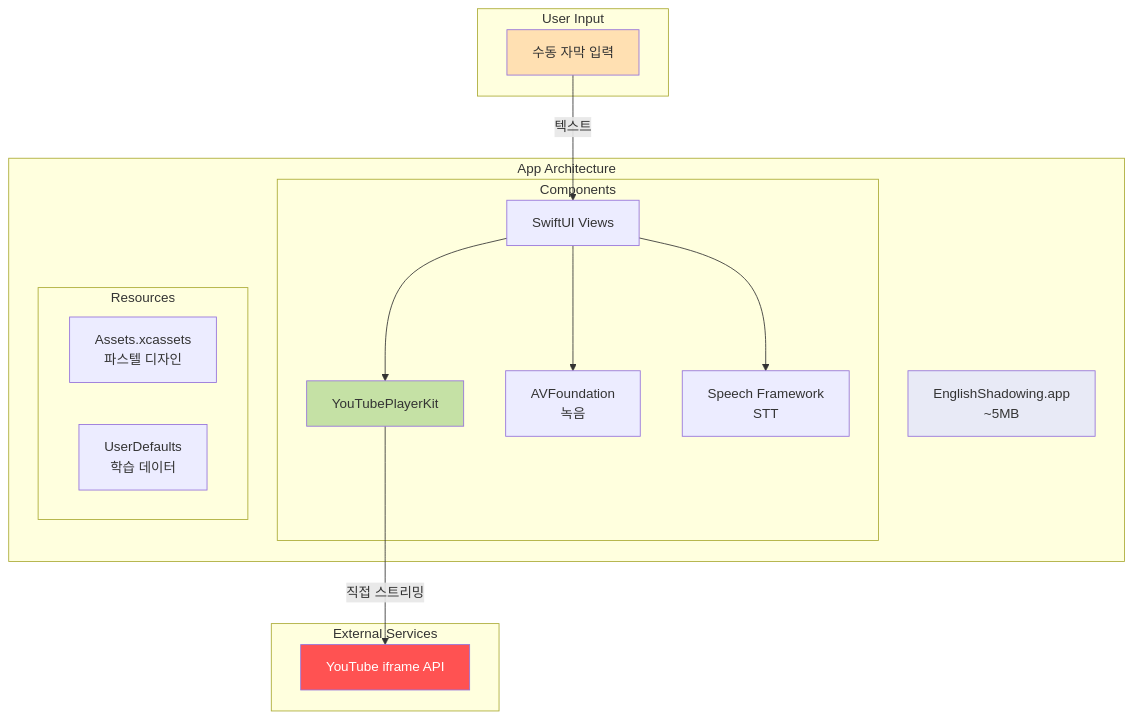
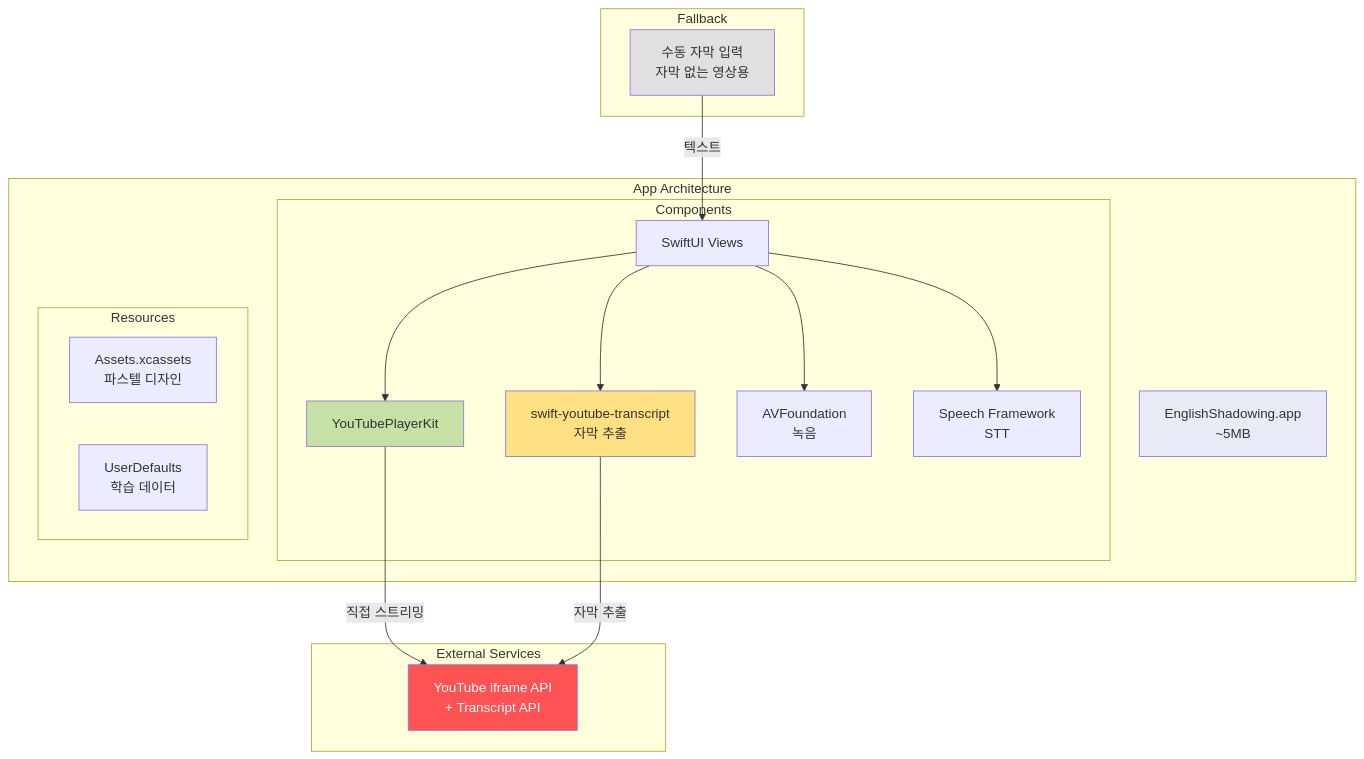
Before and after one commit to goodsw4all/Shawdowing: the second of 13 diagrams in SPEC.md, drawn with Mermaid. The commit also changed other lines of this file and 11 other files, not shown here.

````diff
--- a/SPEC.md
+++ b/SPEC.md
@@ -87,37 +89,41 @@
 ```mermaid
 graph TB
     subgraph "App Architecture"
         App[EnglishShadowing.app<br/>~5MB]
         
         subgraph Components
             SwiftUI[SwiftUI Views]
             YPK[YouTubePlayerKit]
+            Transcript[swift-youtube-transcript<br/>자막 추출]
             AVFoundation[AVFoundation<br/>녹음]
             Speech[Speech Framework<br/>STT]
             
             SwiftUI --> YPK
+            SwiftUI --> Transcript
             SwiftUI --> AVFoundation
             SwiftUI --> Speech
         end
         
         subgraph Resources
             Assets[Assets.xcassets<br/>파스텔 디자인]
             UserData[UserDefaults<br/>학습 데이터]
         end
     end
     
     subgraph "External Services"
-        YouTube[YouTube iframe API]
+        YouTube[YouTube iframe API<br/>+ Transcript API]
         YPK -->|직접 스트리밍| YouTube
+        Transcript -->|자막 추출| YouTube
     end
     
-    subgraph "User Input"
-        Manual[수동 자막 입력]
+    subgraph "Fallback"
+        Manual[수동 자막 입력<br/>자막 없는 영상용]
         Manual -->|텍스트| SwiftUI
     end
     
     style App fill:#E8EAF6
     style YPK fill:#C5E1A5
+    style Transcript fill:#FFE082
     style YouTube fill:#FF5252,color:#FFF
-    style Manual fill:#FFE0B2
+    style Manual fill:#E0E0E0
 ```
````
